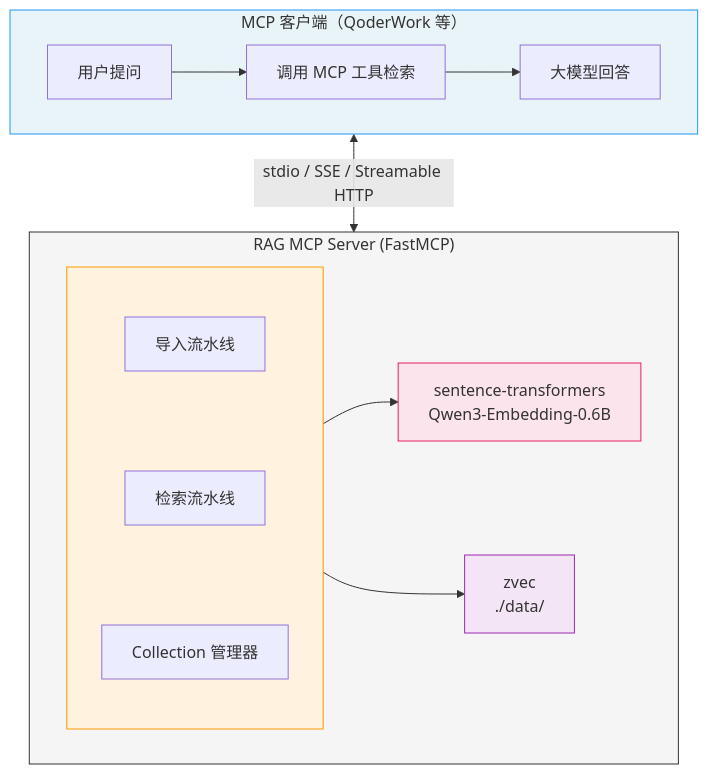
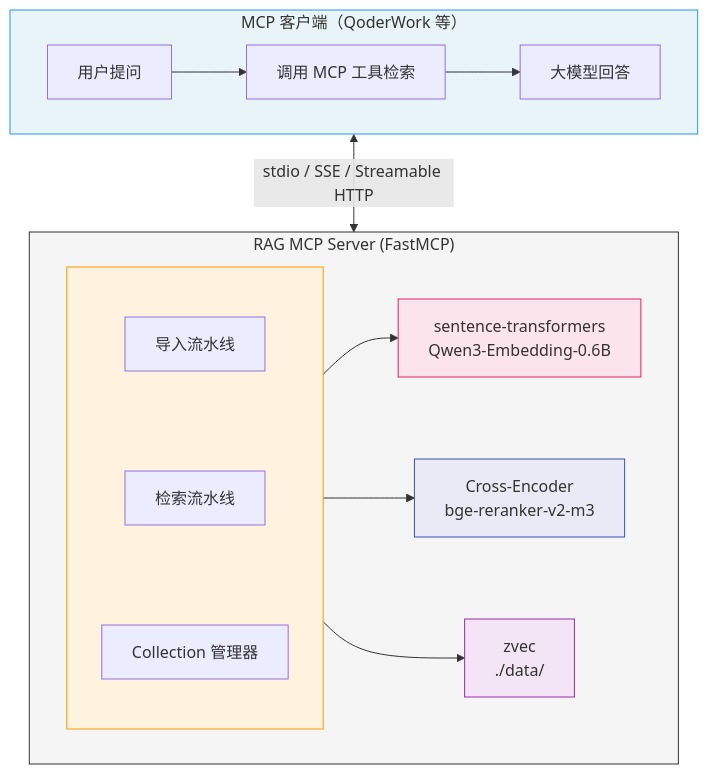
The diagram in README_CN.md (mambo-wang/wandering-rag-mcp), drawn with Mermaid before and after one commit. The commit also changed other lines of this file and 4 other files, not shown here.

First line of the commit message:
feat: add optional cross-encoder reranker for search

````diff
--- a/README_CN.md
+++ b/README_CN.md
@@ -152,26 +155,28 @@
 ```mermaid
 flowchart TB
     subgraph Client["MCP 客户端（QoderWork 等）"]
         direction LR
         C1["用户提问"] --> C2["调用 MCP 工具检索"] --> C3["大模型回答"]
     end
 
     Client <-->|"stdio / SSE / Streamable HTTP"| Server
 
     subgraph Server["RAG MCP Server (FastMCP)"]
         direction LR
         subgraph Tools[" "]
             direction TB
             T1["导入流水线"] ~~~ T2["检索流水线"] ~~~ T3["Collection 管理器"]
         end
-        Tools --> Embed & Vec
+        Tools --> Embed & Rerank & Vec
         Embed["sentence-transformers<br/>Qwen3-Embedding-0.6B"]
+        Rerank["Cross-Encoder<br/>bge-reranker-v2-m3"]
         Vec["zvec<br/>./data/"]
     end
 
     style Client fill:#e8f4f8,stroke:#2196F3
     style Server fill:#f5f5f5,stroke:#333
     style Tools fill:#fff3e0,stroke:#FF9800
     style Embed fill:#fce4ec,stroke:#E91E63
+    style Rerank fill:#e8eaf6,stroke:#3F51B5
     style Vec fill:#f3e5f5,stroke:#9C27B0
 ```
````
